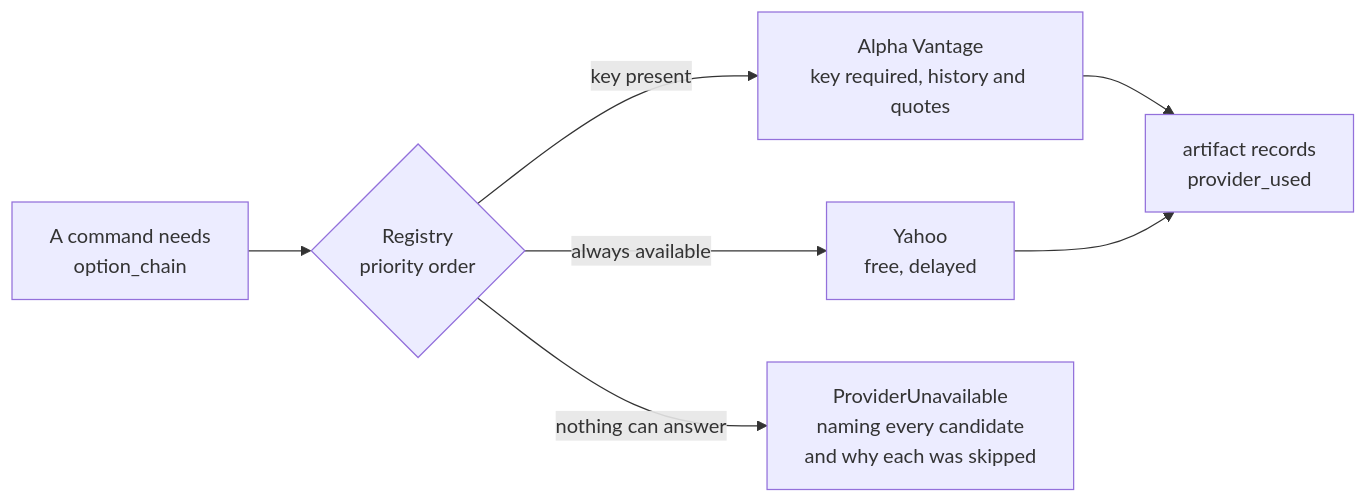
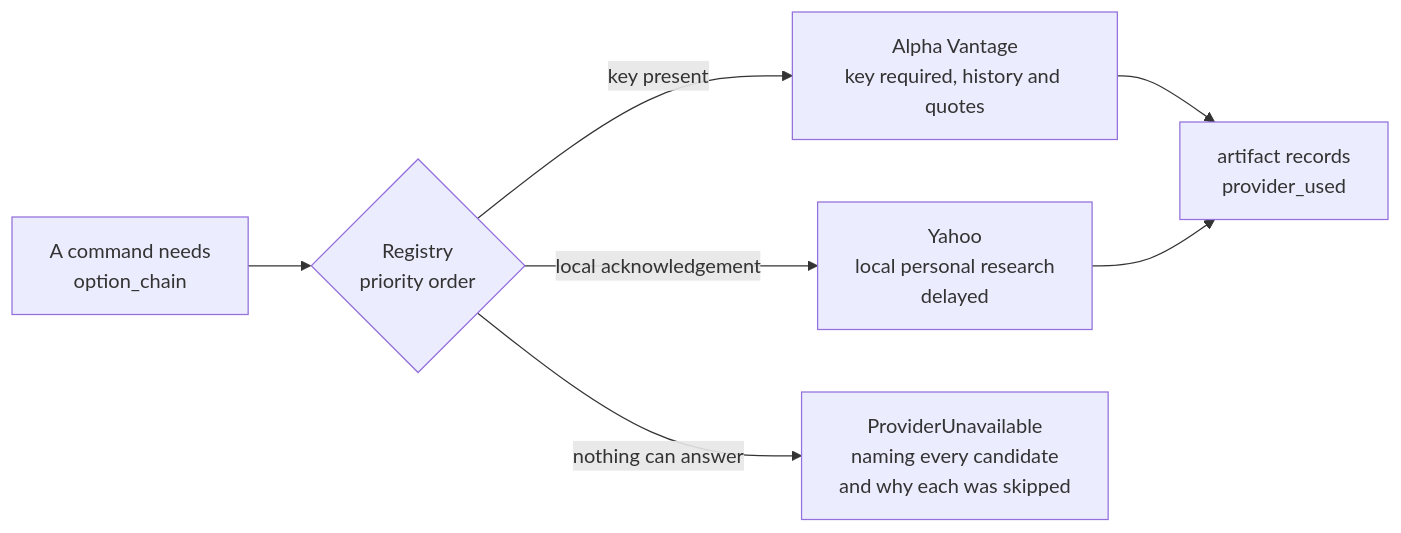
The sixth of 7 diagrams in README.md (Iman/agent-driven-options-desk-and-skills), drawn with Mermaid before and after one commit. The commit also changed other lines of this file and 50 other files, not shown here.

````diff
--- a/README.md
+++ b/README.md
@@ -694,9 +730,9 @@
 ```mermaid
 flowchart LR
     need["A command needs<br/>option_chain"] --> reg{"Registry<br/>priority order"}
     reg -->|"key present"| paid["Alpha Vantage<br/>key required, history and quotes"]
-    reg -->|"always available"| yahoo["Yahoo<br/>free, delayed"]
+    reg -->|"local acknowledgement"| yahoo["Yahoo<br/>local personal research<br/>delayed"]
     reg -->|"nothing can answer"| err["ProviderUnavailable<br/>naming every candidate<br/>and why each was skipped"]
     paid --> art["artifact records<br/>provider_used"]
     yahoo --> art
 ```
````
